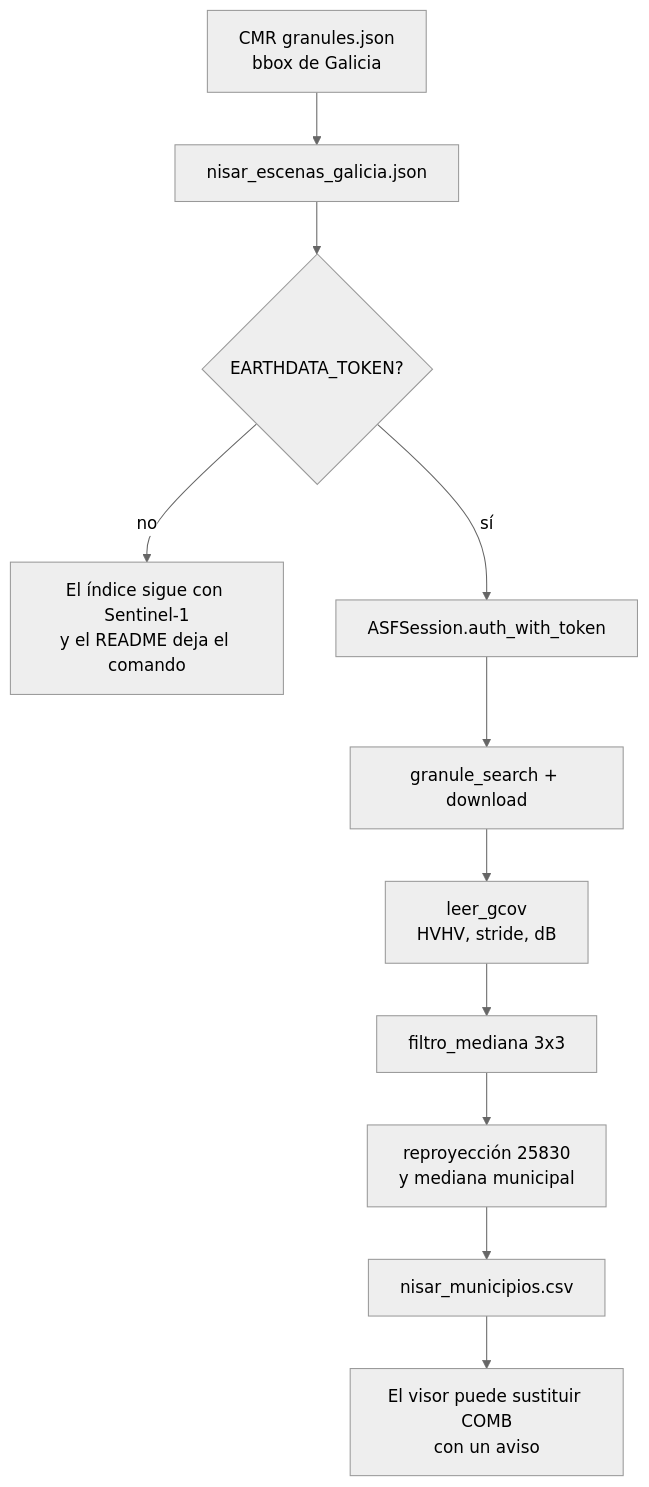
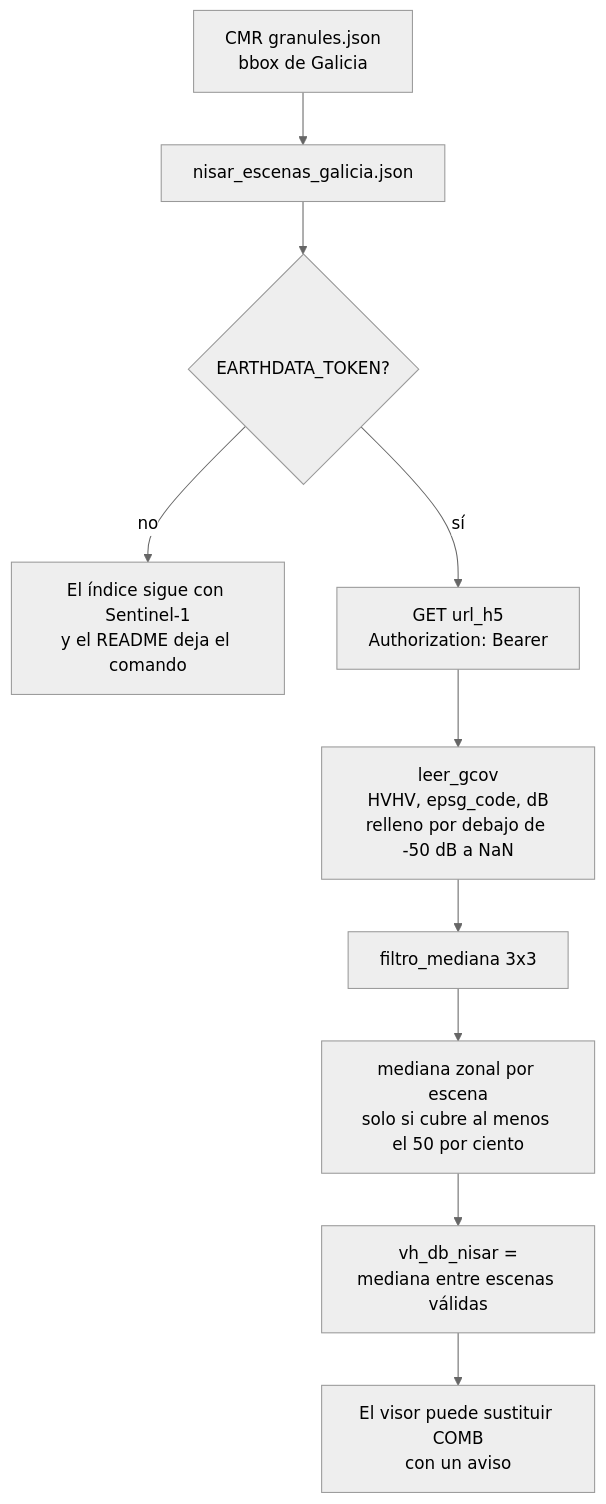
The third of 3 diagrams in docs/datos_satelite_sar.md (j-novillo/MVP_NISAR_Challenge), drawn with Mermaid (neutral theme) before and after one commit. The commit also changed other lines of this file and 20 other files, not shown here.

First line of the commit message:
Incorpora ocho escenas NISAR GCOV ya procesadas y las deja fuera del índice.

````diff
--- a/docs/datos_satelite_sar.md
+++ b/docs/datos_satelite_sar.md
@@ -152,13 +152,12 @@
 ```mermaid
 flowchart TD
   CMR[CMR granules.json<br/>bbox de Galicia] --> CAT[nisar_escenas_galicia.json]
   CAT --> P{EARTHDATA_TOKEN?}
   P -->|no| DEG[El índice sigue con Sentinel-1<br/>y el README deja el comando]
-  P -->|sí| AUTH[ASFSession.auth_with_token]
-  AUTH --> DL[granule_search + download]
-  DL --> H5[leer_gcov<br/>HVHV, stride, dB]
+  P -->|sí| AUTH["GET url_h5<br/>Authorization: Bearer"]
+  AUTH --> H5["leer_gcov<br/>HVHV, epsg_code, dB<br/>relleno por debajo de -50 dB a NaN"]
   H5 --> MED[filtro_mediana 3x3]
-  MED --> ZON[reproyección 25830<br/>y mediana municipal]
-  ZON --> CSV[nisar_municipios.csv]
+  MED --> ZON["mediana zonal por escena<br/>solo si cubre al menos el 50 por ciento"]
+  ZON --> CSV["vh_db_nisar =<br/>mediana entre escenas válidas"]
   CSV --> UI[El visor puede sustituir COMB<br/>con un aviso]
 ```
````
